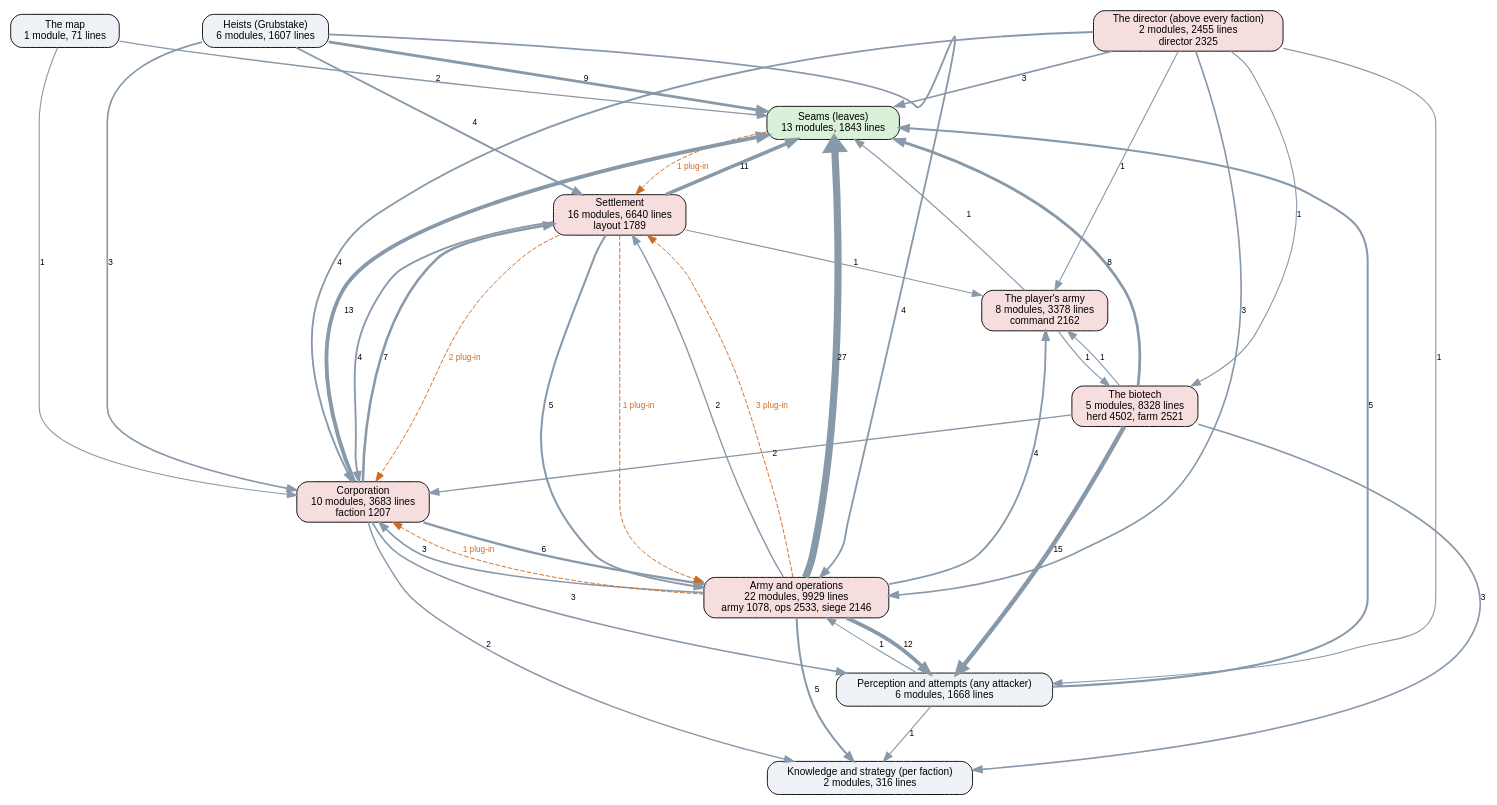
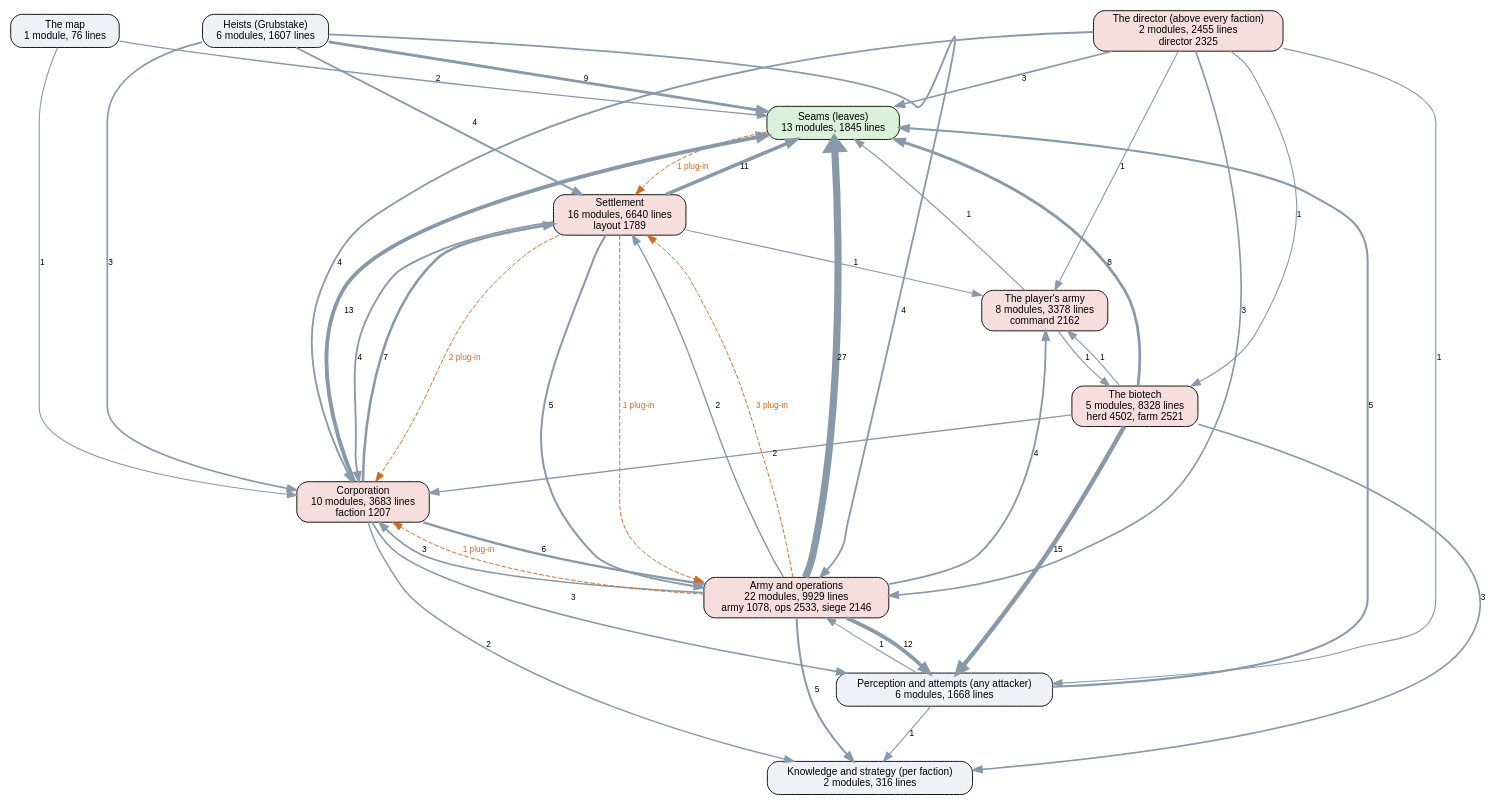
Before and after one commit to kinelhu/landing-party: the diagram in docs/ai-layers.dot, drawn with Graphviz. The commit also changed 15 other files, not shown here.

```diff
--- a/docs/ai-layers.dot
+++ b/docs/ai-layers.dot
@@ -1,58 +1,58 @@
 digraph layers {
   graph [rankdir=TB, fontname="Helvetica", nodesep=0.5, ranksep=0.7];
   node [shape=box, style="rounded,filled", fontname="Helvetica", fontsize=11, fillcolor="#eef2f7"];
   edge [color="#8899aa", fontname="Helvetica", fontsize=9];
-  "Seams (leaves)" [label="Seams (leaves)\n13 modules, 1843 lines", fillcolor="#d9f0d9"];
+  "Seams (leaves)" [label="Seams (leaves)\n13 modules, 1845 lines", fillcolor="#d9f0d9"];
   "Perception and attempts (any attacker)" [label="Perception and attempts (any attacker)\n6 modules, 1668 lines", fillcolor="#eef2f7"];
   "Knowledge and strategy (per faction)" [label="Knowledge and strategy (per faction)\n2 modules, 316 lines", fillcolor="#eef2f7"];
   "The director (above every faction)" [label="The director (above every faction)\n2 modules, 2455 lines\ndirector 2325", fillcolor="#f7dede"];
   "Corporation" [label="Corporation\n10 modules, 3683 lines\nfaction 1207", fillcolor="#f7dede"];
   "Settlement" [label="Settlement\n16 modules, 6640 lines\nlayout 1789", fillcolor="#f7dede"];
   "Army and operations" [label="Army and operations\n22 modules, 9929 lines\narmy 1078, ops 2533, siege 2146", fillcolor="#f7dede"];
   "Heists (Grubstake)" [label="Heists (Grubstake)\n6 modules, 1607 lines", fillcolor="#eef2f7"];
   "The biotech" [label="The biotech\n5 modules, 8328 lines\nherd 4502, farm 2521", fillcolor="#f7dede"];
-  "The map" [label="The map\n1 module, 71 lines", fillcolor="#eef2f7"];
+  "The map" [label="The map\n1 module, 76 lines", fillcolor="#eef2f7"];
   "The player's army" [label="The player's army\n8 modules, 3378 lines\ncommand 2162", fillcolor="#f7dede"];
   "Army and operations" -> "Corporation" [label="3", penwidth=1.8];
   "Army and operations" -> "Knowledge and strategy (per faction)" [label="5", penwidth=2.2];
   "Army and operations" -> "Perception and attempts (any attacker)" [label="12", penwidth=4.0];
   "Army and operations" -> "Seams (leaves)" [label="27", penwidth=7.8];
   "Army and operations" -> "Settlement" [label="2", penwidth=1.5];
   "Army and operations" -> "The player's army" [label="4", penwidth=2.0];
   "Corporation" -> "Army and operations" [label="6", penwidth=2.5];
   "Corporation" -> "Knowledge and strategy (per faction)" [label="2", penwidth=1.5];
   "Corporation" -> "Perception and attempts (any attacker)" [label="3", penwidth=1.8];
   "Corporation" -> "Seams (leaves)" [label="13", penwidth=4.2];
   "Corporation" -> "Settlement" [label="7", penwidth=2.8];
   "Heists (Grubstake)" -> "Army and operations" [label="4", penwidth=2.0];
   "Heists (Grubstake)" -> "Corporation" [label="3", penwidth=1.8];
   "Heists (Grubstake)" -> "Seams (leaves)" [label="9", penwidth=3.2];
   "Heists (Grubstake)" -> "Settlement" [label="4", penwidth=2.0];
   "Perception and attempts (any attacker)" -> "Army and operations" [label="1", penwidth=1.2];
   "Perception and attempts (any attacker)" -> "Knowledge and strategy (per faction)" [label="1", penwidth=1.2];
   "Perception and attempts (any attacker)" -> "Seams (leaves)" [label="5", penwidth=2.2];
   "Settlement" -> "Army and operations" [label="5", penwidth=2.2];
   "Settlement" -> "Corporation" [label="4", penwidth=2.0];
   "Settlement" -> "Seams (leaves)" [label="11", penwidth=3.8];
   "Settlement" -> "The player's army" [label="1", penwidth=1.2];
   "The biotech" -> "Corporation" [label="2", penwidth=1.5];
   "The biotech" -> "Knowledge and strategy (per faction)" [label="3", penwidth=1.8];
   "The biotech" -> "Perception and attempts (any attacker)" [label="15", penwidth=4.8];
   "The biotech" -> "Seams (leaves)" [label="8", penwidth=3.0];
   "The biotech" -> "The player's army" [label="1", penwidth=1.2];
   "The director (above every faction)" -> "Army and operations" [label="3", penwidth=1.8];
   "The director (above every faction)" -> "Corporation" [label="4", penwidth=2.0];
   "The director (above every faction)" -> "Perception and attempts (any attacker)" [label="1", penwidth=1.2];
   "The director (above every faction)" -> "Seams (leaves)" [label="3", penwidth=1.8];
   "The director (above every faction)" -> "The biotech" [label="1", penwidth=1.2];
   "The director (above every faction)" -> "The player's army" [label="1", penwidth=1.2];
   "The map" -> "Corporation" [label="1", penwidth=1.2];
   "The map" -> "Seams (leaves)" [label="2", penwidth=1.5];
   "The player's army" -> "Seams (leaves)" [label="1", penwidth=1.2];
   "The player's army" -> "The biotech" [label="1", penwidth=1.2];
   "Army and operations" -> "Corporation" [style=dashed, color="#d2691e", fontcolor="#d2691e", label="1 plug-in"];
   "Army and operations" -> "Settlement" [style=dashed, color="#d2691e", fontcolor="#d2691e", label="3 plug-in"];
   "Seams (leaves)" -> "Settlement" [style=dashed, color="#d2691e", fontcolor="#d2691e", label="1 plug-in"];
   "Settlement" -> "Army and operations" [style=dashed, color="#d2691e", fontcolor="#d2691e", label="1 plug-in"];
   "Settlement" -> "Corporation" [style=dashed, color="#d2691e", fontcolor="#d2691e", label="2 plug-in"];
 }
```
